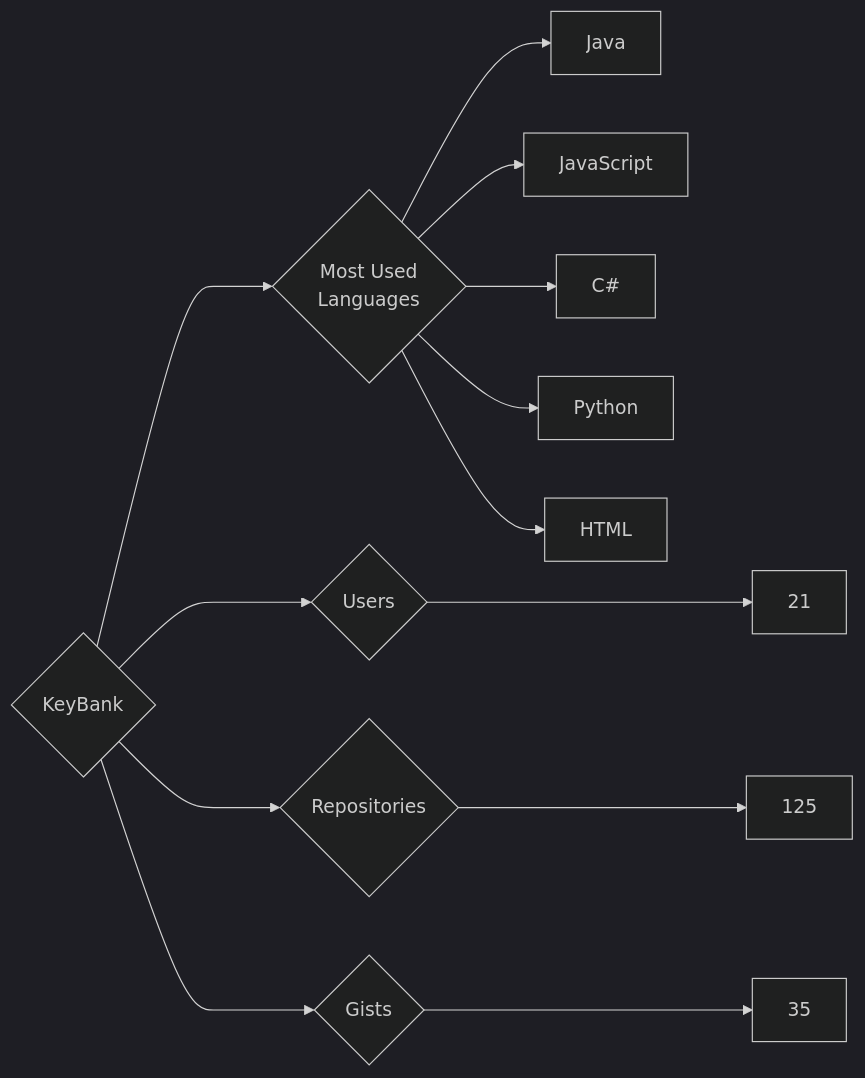
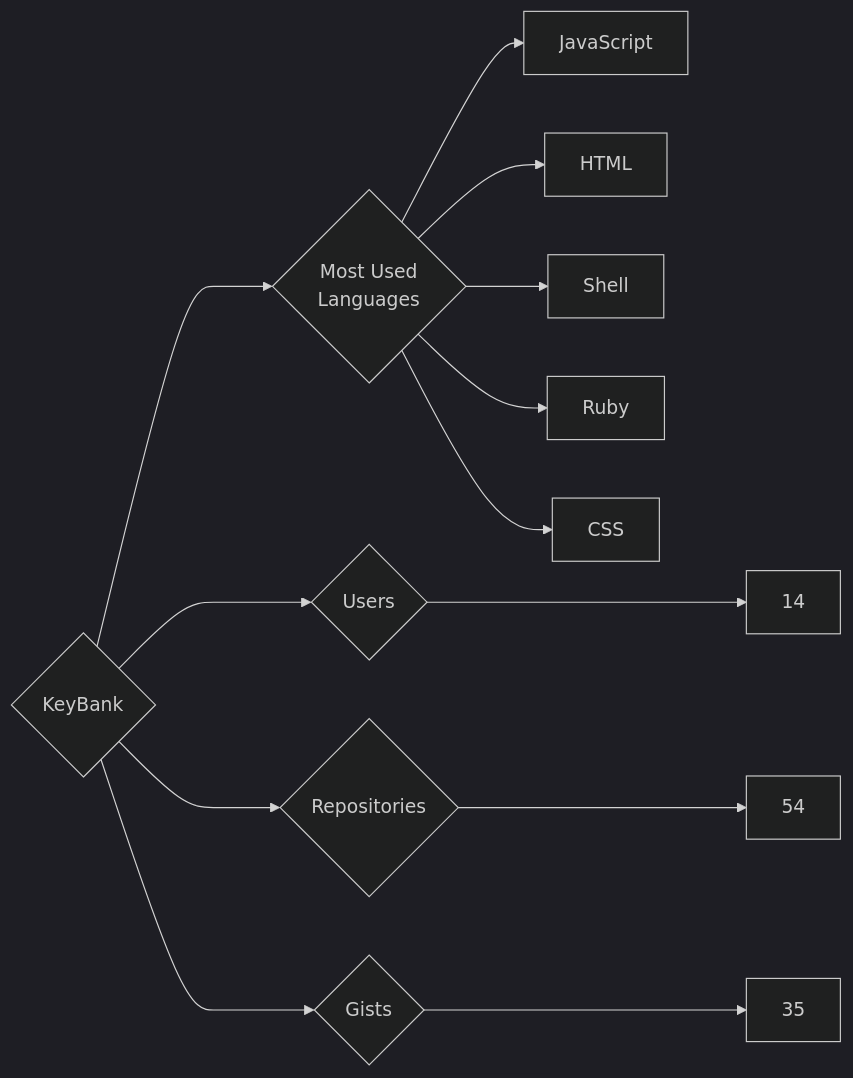
Before and after one commit to trickest/insiders: the diagram in targets/KeyBank/README.md, drawn with Mermaid (dark theme). The commit also changed 1084 other files, not shown here.

````diff
--- a/targets/KeyBank/README.md
+++ b/targets/KeyBank/README.md
@@ -3,13 +3,13 @@
 ```mermaid
 graph LR
 COMPANY_NAME{KeyBank}
-COMPANY_NAME ---> U{Users} ---> UN[21]
-COMPANY_NAME ---> R{Repositories} ---> RN[125]
+COMPANY_NAME ---> U{Users} ---> UN[14]
+COMPANY_NAME ---> R{Repositories} ---> RN[54]
 COMPANY_NAME ---> G{Gists} ---> GN[35]
 COMPANY_NAME ---> ML{Most Used<br>Languages}
-ML --> Java[Java]
 ML --> JavaScript[JavaScript]
-ML --> C#[C#]
-ML --> Python[Python]
 ML --> HTML[HTML]
+ML --> Shell[Shell]
+ML --> Ruby[Ruby]
+ML --> CSS[CSS]
 ```
````
